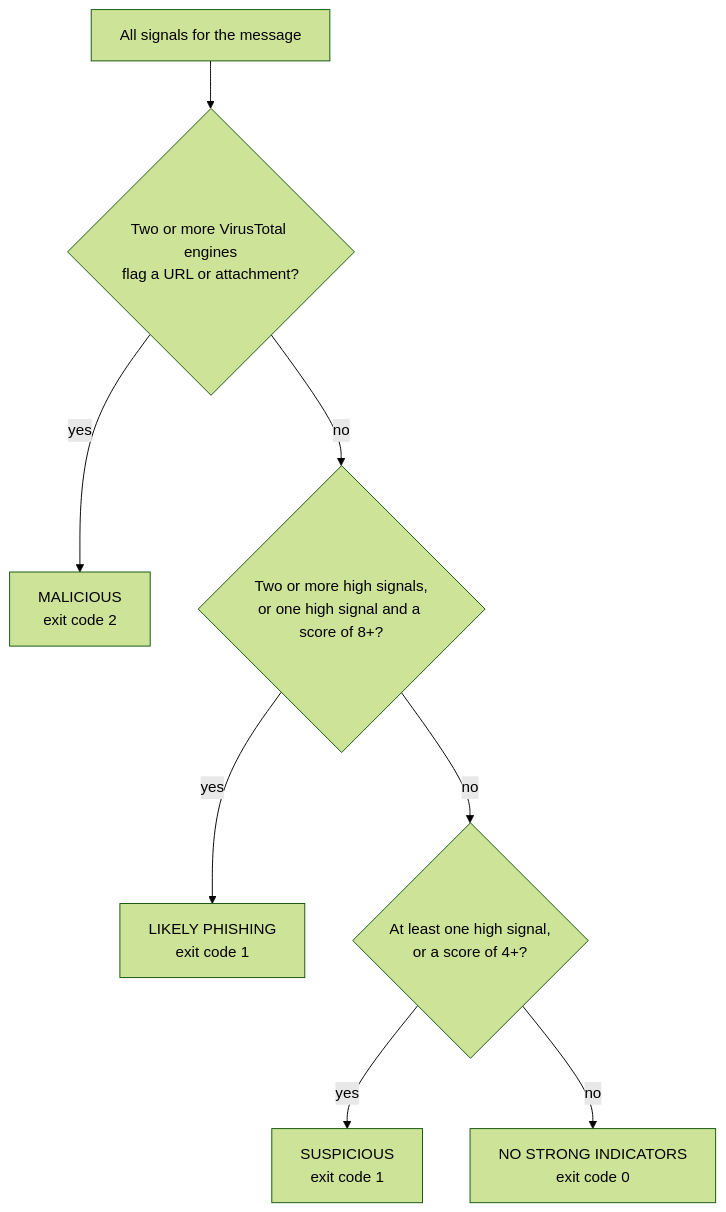
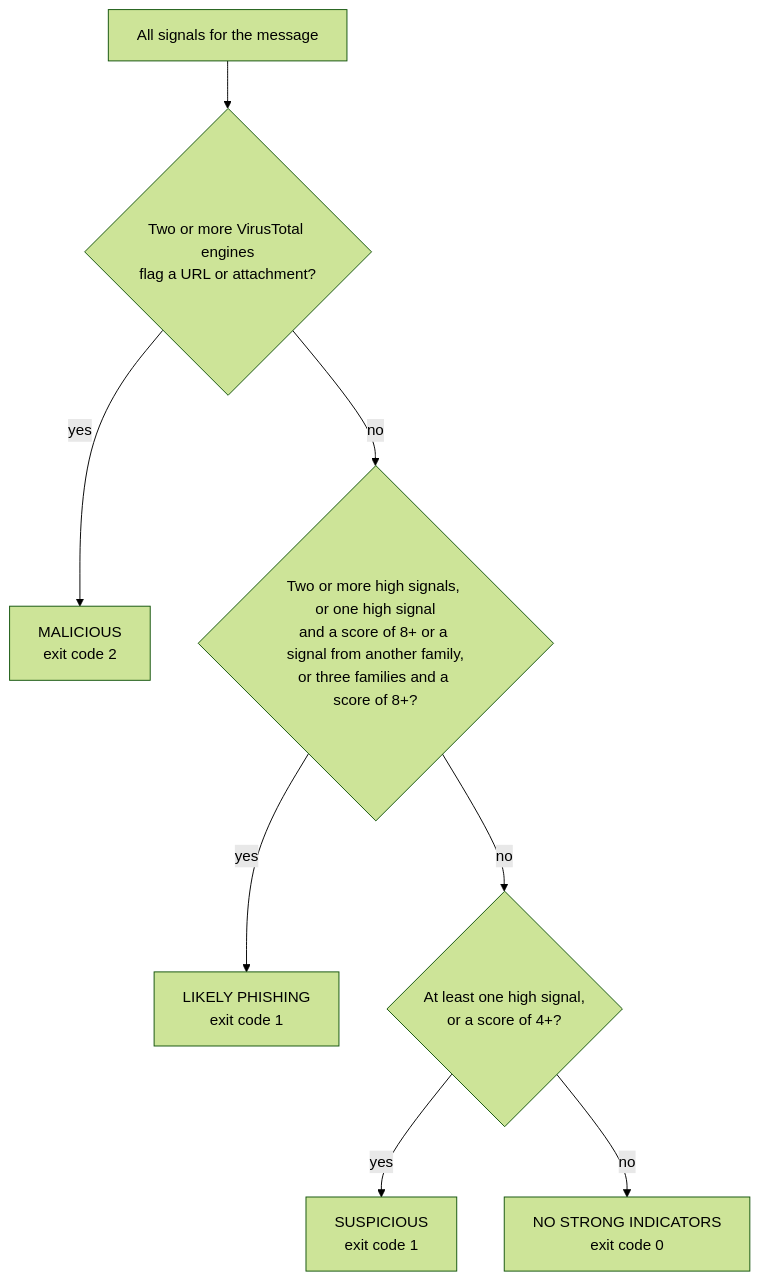
Before and after one commit to vinitrami-Soc/phishhawk: the diagram in docs/DETECTIONS.md, drawn with Mermaid (forest theme). The commit also changed other lines of this file and 47 other files, not shown here.

First line of the commit message:
PhishHawk 2.1.0: independent evidence, 7z and VHD contents, Graph and Gmail intake (#17)

````diff
--- a/docs/DETECTIONS.md
+++ b/docs/DETECTIONS.md
@@ -48,10 +59,10 @@
 ```mermaid
 flowchart TD
     A["All signals for the message"] --> B{"Two or more VirusTotal engines<br/>flag a URL or attachment?"}
     B -- yes --> M["MALICIOUS<br/>exit code 2"]
-    B -- no --> C{"Two or more high signals,<br/>or one high signal and a score of 8+?"}
+    B -- no --> C{"Two or more high signals, or one high signal<br/>and a score of 8+ or a signal from another family,<br/>or three families and a score of 8+?"}
     C -- yes --> L["LIKELY PHISHING<br/>exit code 1"]
     C -- no --> D{"At least one high signal,<br/>or a score of 4+?"}
     D -- yes --> S["SUSPICIOUS<br/>exit code 1"]
     D -- no --> N["NO STRONG INDICATORS<br/>exit code 0"]
 ```
````
